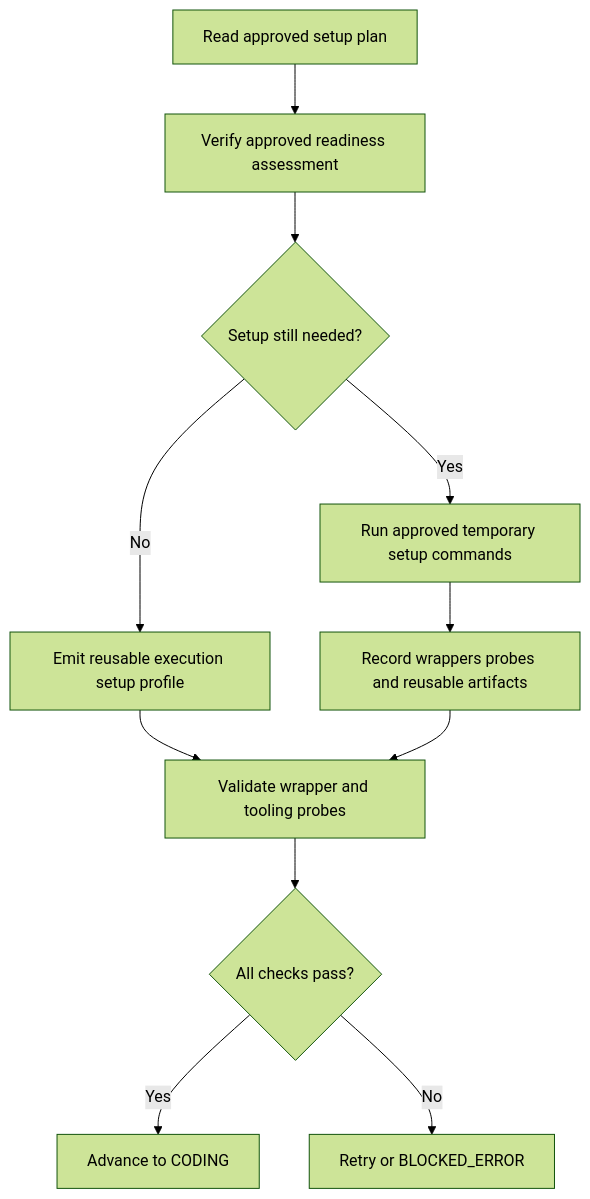
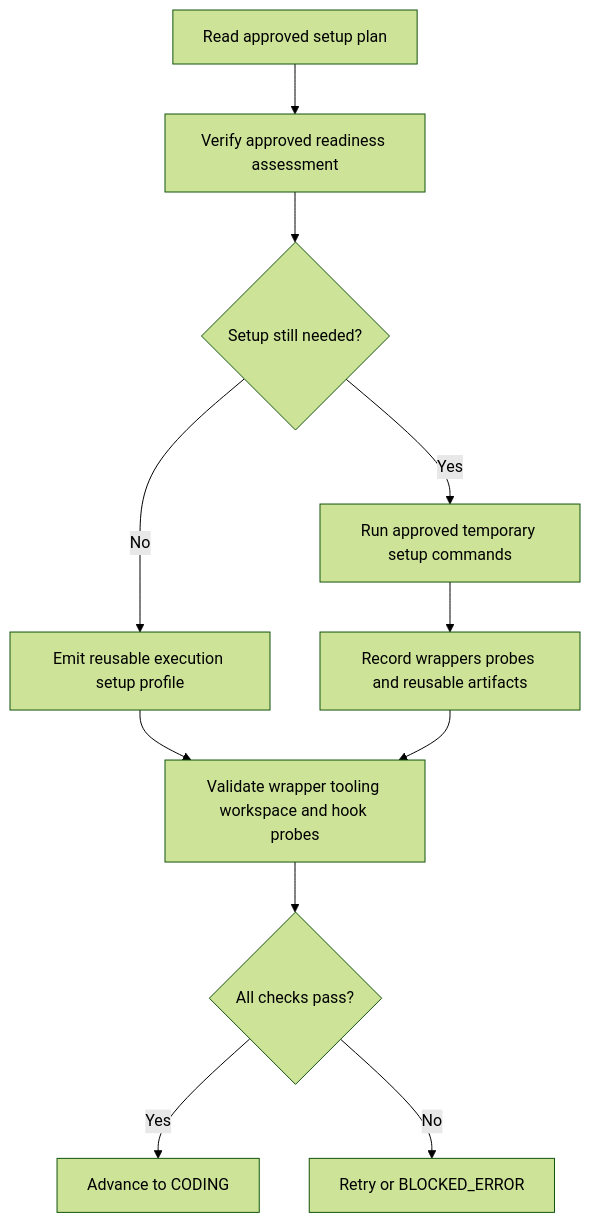
One commit to antclt/LoopTroop changed the diagram in docs/pre-implementation.md. Above: the diagram before and after it, drawn with Mermaid (forest theme). The commit also changed other lines of this file and 97 other files, not shown here.

````diff
--- a/docs/pre-implementation.md
+++ b/docs/pre-implementation.md
@@ -106,13 +108,13 @@
 ```mermaid
 flowchart TD
     A[Read approved setup plan] --> B[Verify approved readiness assessment]
     B --> C{Setup still needed?}
     C -- No --> D[Emit reusable execution setup profile]
     C -- Yes --> E[Run approved temporary setup commands]
     E --> F[Record wrappers probes and reusable artifacts]
-    D --> G[Validate wrapper and tooling probes]
+    D --> G[Validate wrapper tooling workspace and hook probes]
     F --> G
     G --> H{All checks pass?}
     H -- Yes --> I[Advance to CODING]
     H -- No --> J[Retry or BLOCKED_ERROR]
 ```
````
